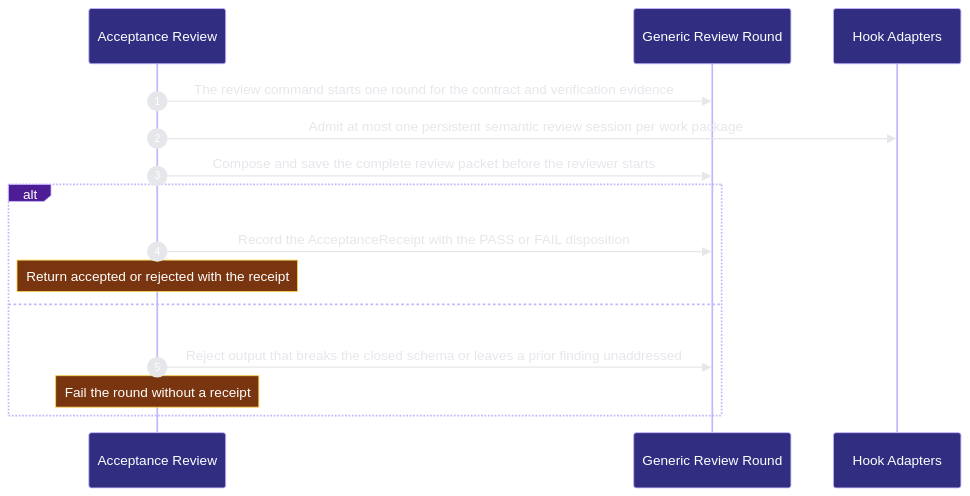
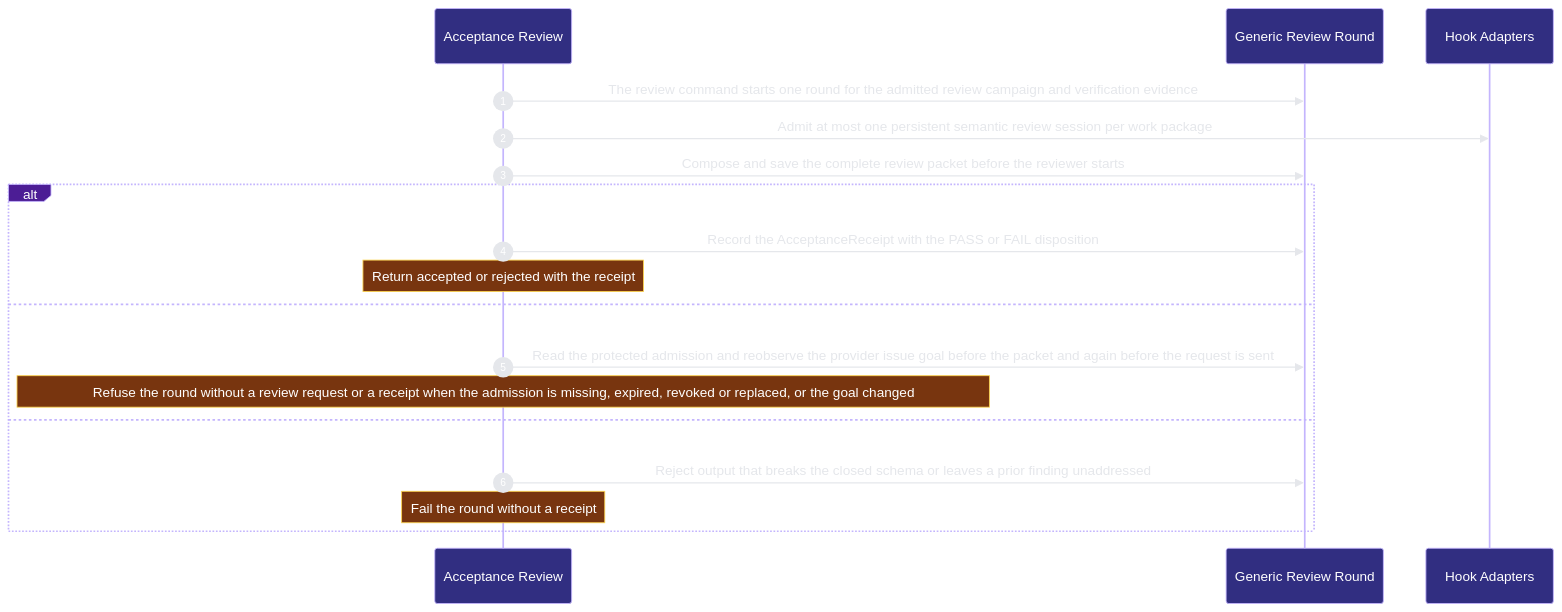
One commit to Ancienttwo/repo-harness changed the third of 3 diagrams in docs/architecture/modules/verification/acceptance-review.md. Above: the diagram before and after it, drawn with Mermaid. The commit also changed other lines of this file and 27 other files, not shown here.

First line of the commit message:
chore(projection): refresh generated architecture outputs for main@bbf18043e43e

````diff
--- a/docs/architecture/modules/verification/acceptance-review.md
+++ b/docs/architecture/modules/verification/acceptance-review.md
@@ -93,18 +126,21 @@
 ```mermaid
 %%{init: {"theme":"base","themeVariables":{"background":"#0d1117","actorBkg":"#312e81","actorBorder":"#c4b5fd","actorTextColor":"#ffffff","signalColor":"#e5e7eb","signalTextColor":"#e5e7eb","labelBoxBkgColor":"#4c1d95","labelBoxBorderColor":"#c4b5fd","labelTextColor":"#ffffff","noteBkgColor":"#78350f","noteBorderColor":"#fcd34d","noteTextColor":"#ffffff","sequenceNumberColor":"#ffffff"}}}%%
 sequenceDiagram
   autonumber
   participant p2_capability_4262990f as Acceptance Review
   participant p2_round_ef1b7069 as Generic Review Round
   participant p2_circuit_breaker_205713e7 as Hook Adapters
-  p2_capability_4262990f->>p2_round_ef1b7069: The review command starts one round for the contract and verification evidence
+  p2_capability_4262990f->>p2_round_ef1b7069: The review command starts one round for the admitted review campaign and verification evidence
   p2_capability_4262990f->>p2_circuit_breaker_205713e7: Admit at most one persistent semantic review session per work package
   p2_capability_4262990f->>p2_round_ef1b7069: Compose and save the complete review packet before the reviewer starts
   alt Reviewer output is valid
   p2_capability_4262990f->>p2_round_ef1b7069: Record the AcceptanceReceipt with the PASS or FAIL disposition
     Note over p2_capability_4262990f: Return accepted or rejected with the receipt
+  else Review admission or issue goal is not current
+  p2_capability_4262990f->>p2_round_ef1b7069: Read the protected admission and reobserve the provider issue goal before the packet and again before the request is sent
+    Note over p2_capability_4262990f: Refuse the round without a review request or a receipt when the admission is missing#44; expired#44; revoked or replaced#44; or the goal changed
   else Reviewer output is malformed or inconsistent
   p2_capability_4262990f->>p2_round_ef1b7069: Reject output that breaks the closed schema or leaves a prior finding unaddressed
     Note over p2_capability_4262990f: Fail the round without a receipt
   end
 ```
````
